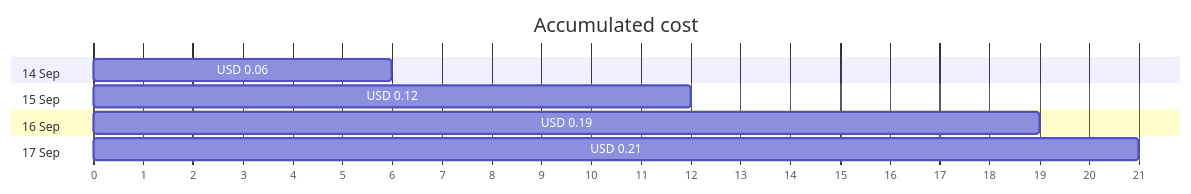
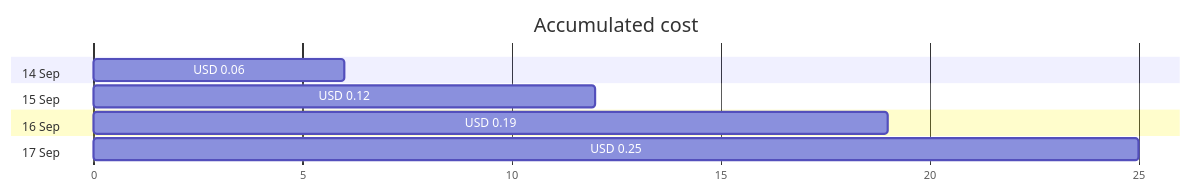
Before and after one commit to jpfulton/azure-personal-reports: the first of 4 diagrams in cost-reports/personal-network/backup-server_OsDisk.md, drawn with Mermaid. The commit also changed other lines of this file and 17 other files, not shown here.

````diff
--- a/cost-reports/personal-network/backup-server_OsDisk.md
+++ b/cost-reports/personal-network/backup-server_OsDisk.md
@@ -20,14 +20,14 @@
 ```mermaid
 gantt
    title Accumulated cost
    dateFormat  X
    axisFormat %s
    section 14 Sep
    USD 0.06 :0, 6
    section 15 Sep
    USD 0.12 :0, 12
    section 16 Sep
    USD 0.19 :0, 19
    section 17 Sep
-   USD 0.21 :0, 21
+   USD 0.25 :0, 25
 ```
````
